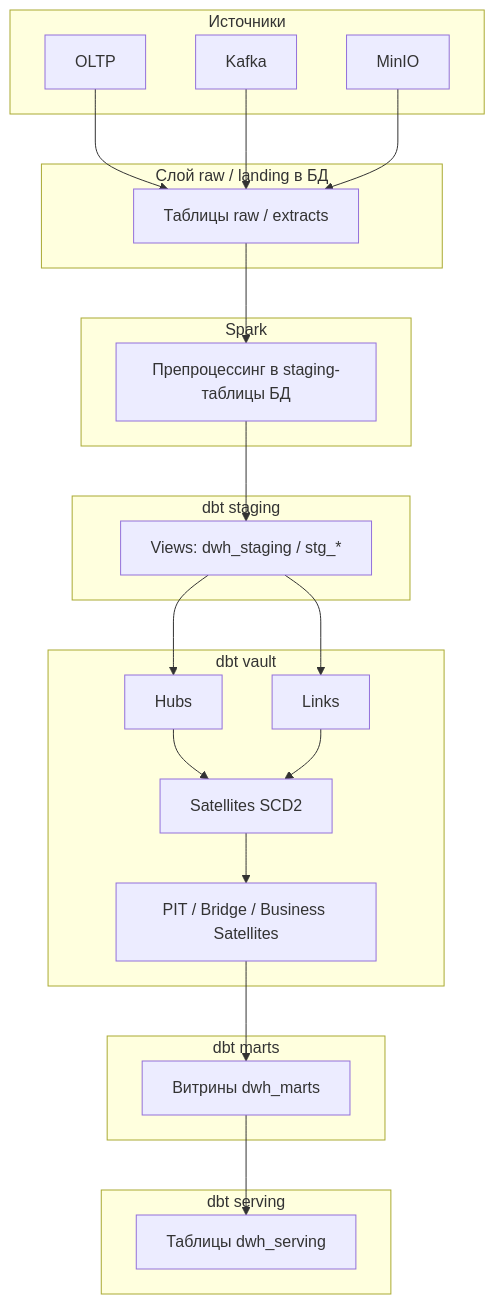
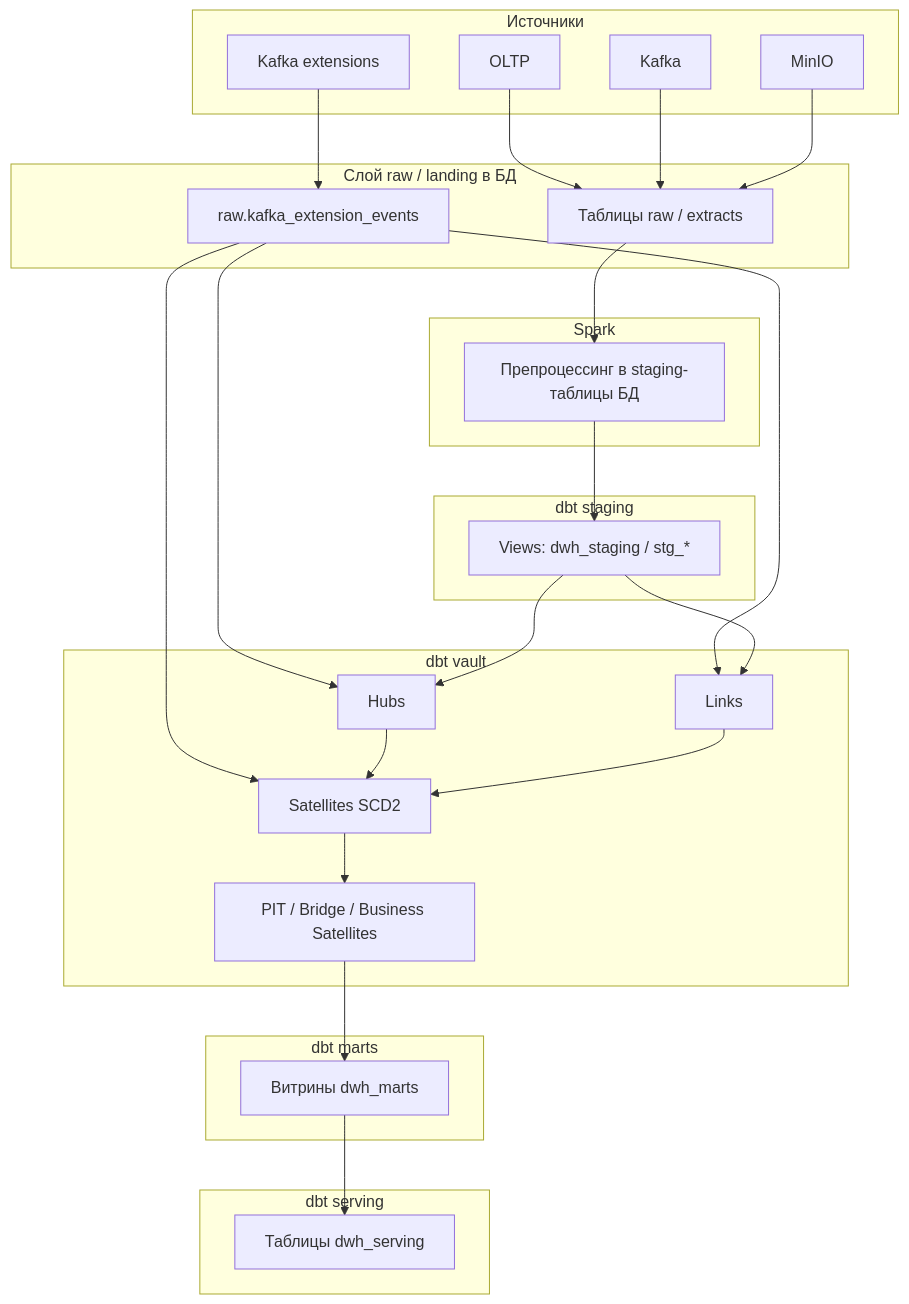
Before and after one commit to svergio/DataOpsShowcase: the diagram in docs/diagrams/data_vault_flow.md, drawn with Mermaid. The commit also changed other lines of this file and 38 other files, not shown here.

````diff
--- a/docs/diagrams/data_vault_flow.md
+++ b/docs/diagrams/data_vault_flow.md
@@ -13,46 +13,52 @@
 ```mermaid
 flowchart TB
   subgraph sources [Источники]
     O[OLTP]
     K[Kafka]
+    KX[Kafka extensions]
     M[MinIO]
   end
 
   subgraph raw [Слой raw / landing в БД]
     R[Таблицы raw / extracts]
+    RX[raw.kafka_extension_events]
   end
 
   subgraph spark [Spark]
     SP[Препроцессинг в staging-таблицы БД]
   end
 
   subgraph dbt_stg [dbt staging]
     STG[Views: dwh_staging / stg_*]
   end
 
   subgraph dbt_vault [dbt vault]
     H[Hubs]
     L[Links]
     S[Satellites SCD2]
     BDV[PIT / Bridge / Business Satellites]
   end
 
   subgraph dbt_marts [dbt marts]
     MR[Витрины dwh_marts]
   end
 
   subgraph dbt_srv [dbt serving]
     SV[Таблицы dwh_serving]
   end
 
   O --> R
   K --> R
+  KX --> RX
   M --> R
   R --> SP --> STG
+  RX --> H
+  RX --> L
+  RX --> S
   STG --> H
   STG --> L
   H --> S
   L --> S
   S --> BDV
   BDV --> MR --> SV
 ```
````
